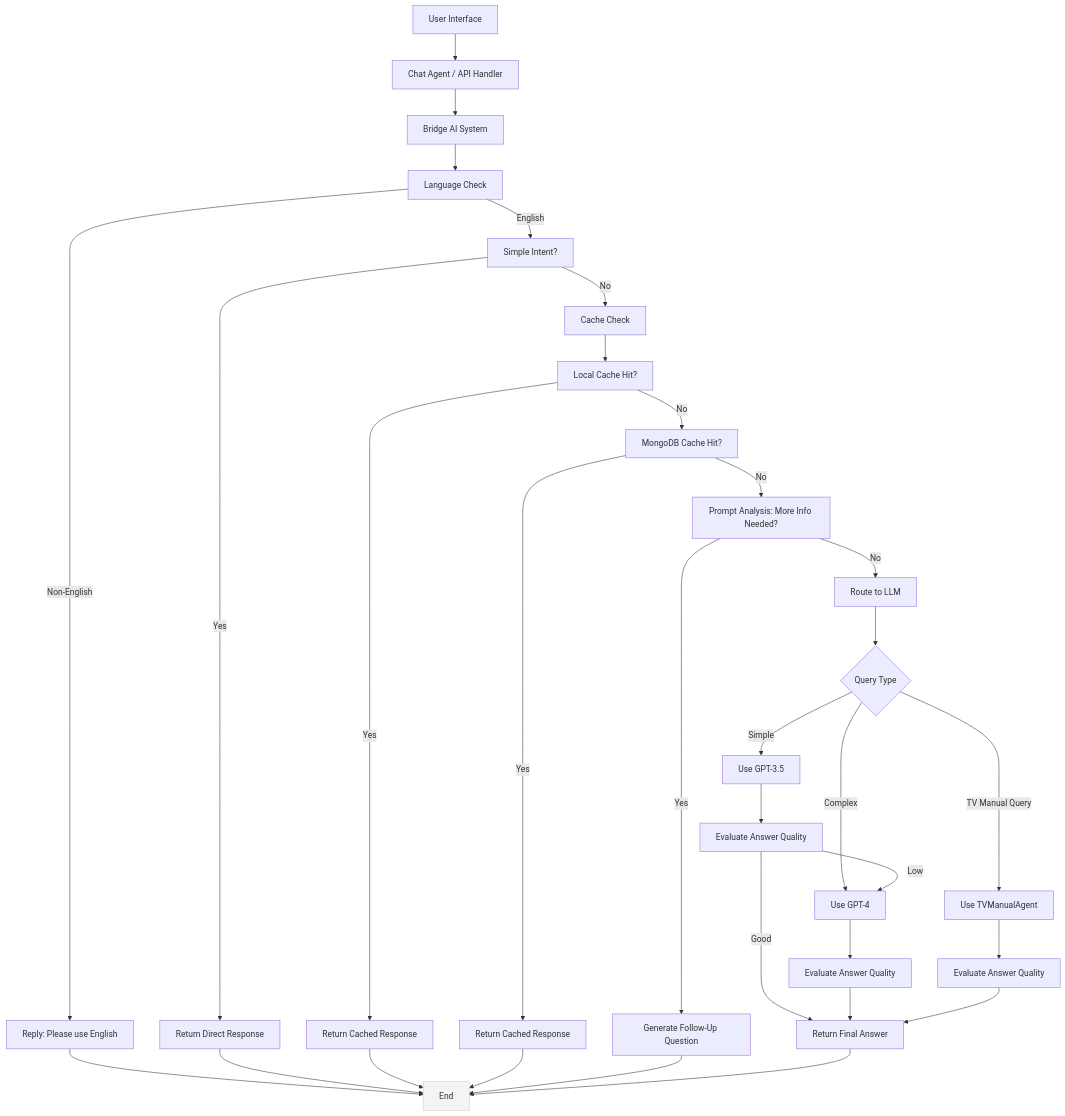
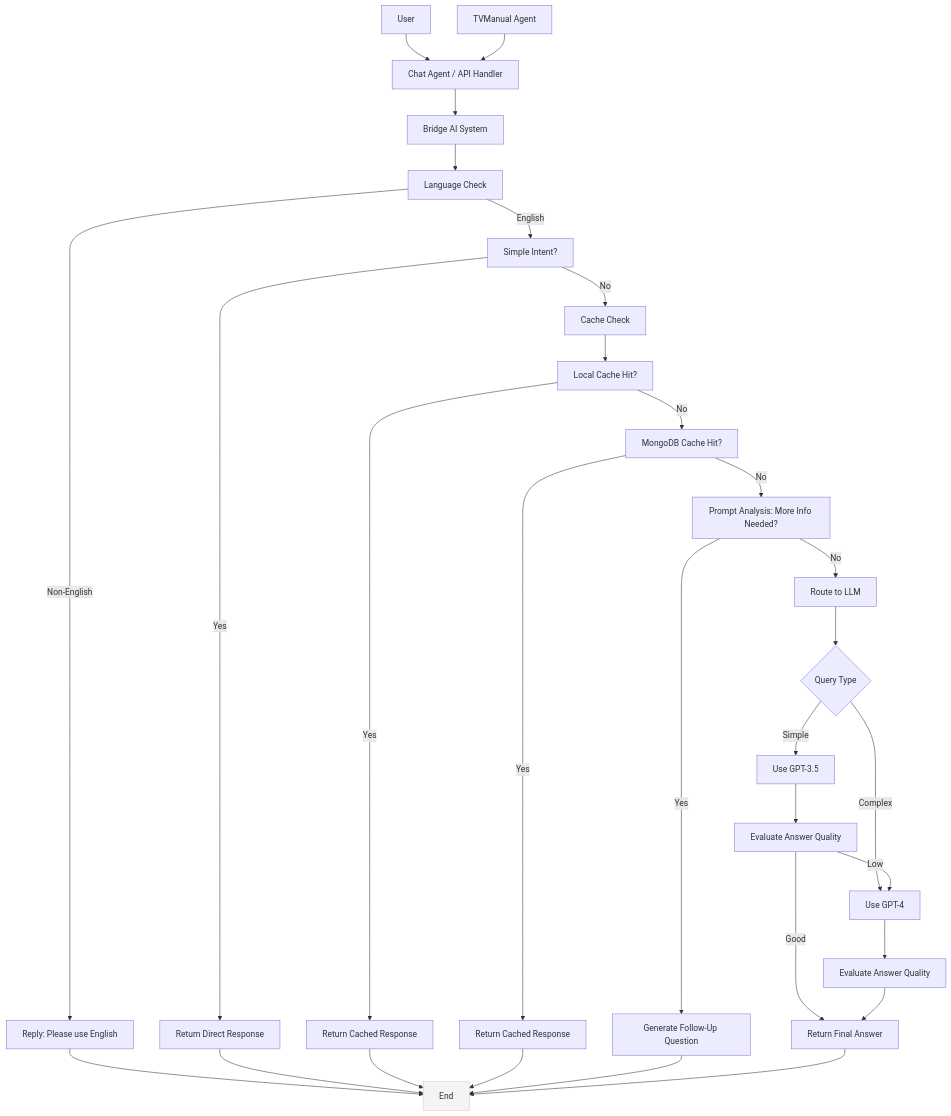
The diagram in llm_bridge/README.md (yana-g/bridge-ai), drawn with Mermaid before and after one commit.

Commit message:
Update llm_bridge README

````diff
--- a/llm_bridge/README.md
+++ b/llm_bridge/README.md
@@ -42,45 +42,45 @@
 ```mermaid
 flowchart TD
-    A[User Interface] --> B[Chat Agent / API Handler]
+    A1[User]
+    A2[TVManual Agent]
+
+    A1 --> B[Chat Agent / API Handler]
+    A2 --> B
+
     B --> C[Bridge AI System]
 
     C --> D[Language Check]
     D -->|Non-English| D1[Reply: Please use English]
     D -->|English| E[Simple Intent?]
     E -->|Yes| E1[Return Direct Response]
     E -->|No| F[Cache Check]
 
     F --> F1[Local Cache Hit?]
     F1 -->|Yes| F2[Return Cached Response]
     F1 -->|No| F3[MongoDB Cache Hit?]
     F3 -->|Yes| F4[Return Cached Response]
     F3 -->|No| G[Prompt Analysis: More Info Needed?]
 
     G -->|Yes| G1[Generate Follow-Up Question]
     G -->|No| H[Route to LLM]
 
     H --> H1{Query Type}
     H1 -->|Simple| I[Use GPT-3.5]
     H1 -->|Complex| J[Use GPT-4]
-    H1 -->|TV Manual Query| T[Use TVManualAgent]
 
     I --> I1[Evaluate Answer Quality]
     I1 -->|Low| J
     I1 -->|Good| K[Return Final Answer]
 
     J --> J1[Evaluate Answer Quality]
     J1 --> K
-
-    T --> T1[Evaluate Answer Quality]
-    T1 --> K
 
     D1 --> Z[End]
     E1 --> Z
     F2 --> Z
     F4 --> Z
     G1 --> Z
     K --> Z
 
     style Z fill:#f4f4f4,stroke:#ccc
-
 ```
````
